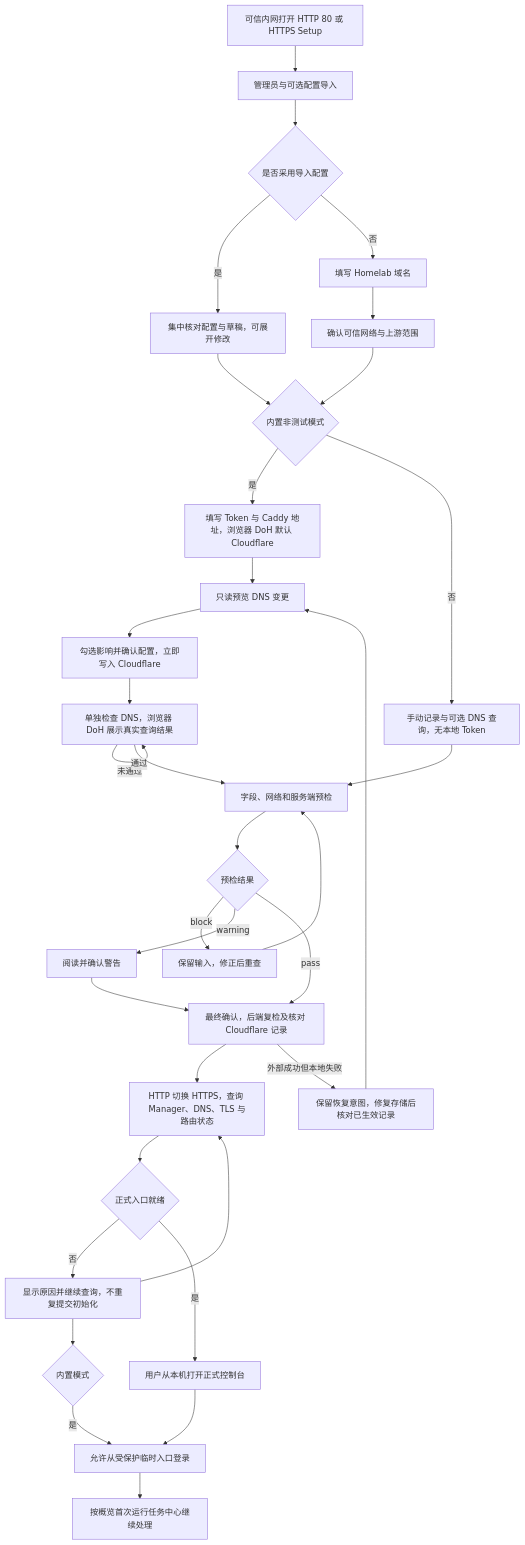
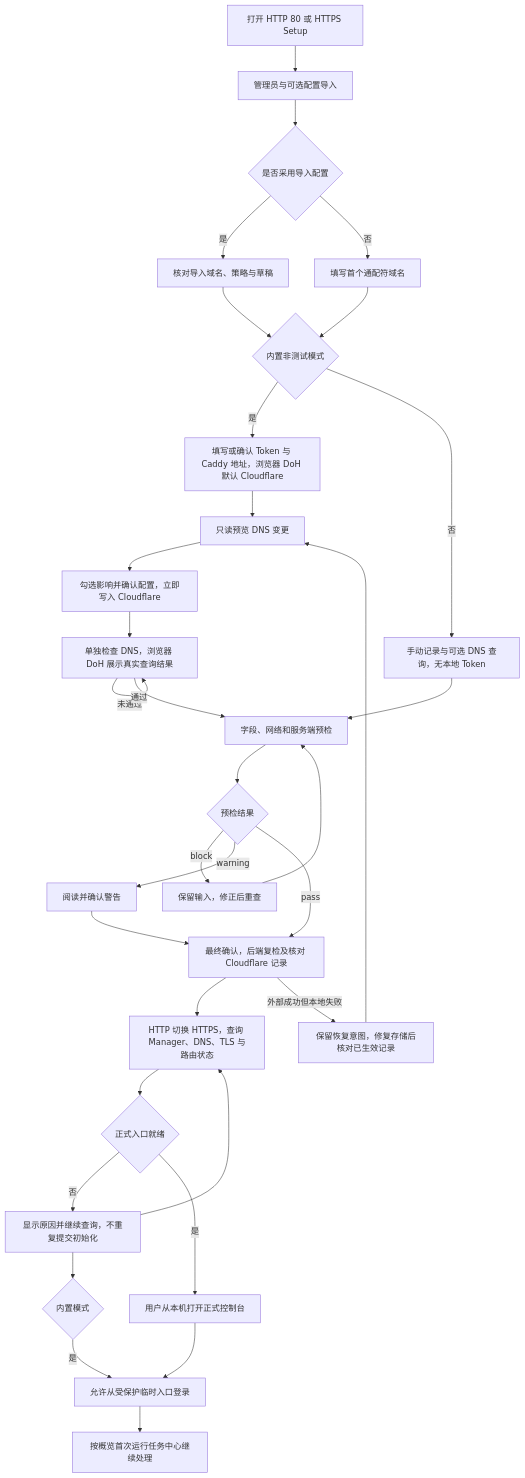
The second of 5 diagrams in docs/product-user-flow-review.md (gofxq/caddy_admin), drawn with Mermaid before and after one commit. The commit also changed other lines of this file and 98 other files, not shown here.

````diff
--- a/docs/product-user-flow-review.md
+++ b/docs/product-user-flow-review.md
@@ -70,35 +70,34 @@
 ```mermaid
 flowchart TD
-    OPEN[可信内网打开 HTTP 80 或 HTTPS Setup] --> ADMIN[管理员与可选配置导入]
+    OPEN[打开 HTTP 80 或 HTTPS Setup] --> ADMIN[管理员与可选配置导入]
     ADMIN --> IMPORTED{是否采用导入配置}
-    IMPORTED -->|是| REVIEW[集中核对配置与草稿，可展开修改]
-    IMPORTED -->|否| DOMAIN[填写 Homelab 域名]
-    DOMAIN --> NETWORK[确认可信网络与上游范围]
-    NETWORK --> MODE{内置非测试模式}
+    IMPORTED -->|是| REVIEW[核对导入域名、策略与草稿]
+    IMPORTED -->|否| DOMAIN[填写首个通配符域名]
+    DOMAIN --> MODE{内置非测试模式}
     REVIEW --> MODE
-    MODE -->|是| TOKEN[填写 Token 与 Caddy 地址，浏览器 DoH 默认 Cloudflare]
+    MODE -->|是| TOKEN[填写或确认 Token 与 Caddy 地址，浏览器 DoH 默认 Cloudflare]
     TOKEN --> DNS[只读预览 DNS 变更]
     DNS --> CONFIRM[勾选影响并确认配置，立即写入 Cloudflare]
     CONFIRM --> QUERY[单独检查 DNS，浏览器 DoH 展示真实查询结果]
     QUERY -->|未通过| QUERY
     MODE -->|否| MANUAL[手动记录与可选 DNS 查询，无本地 Token]
     QUERY -->|通过| PRECHECK
     MANUAL --> PRECHECK[字段、网络和服务端预检]
     PRECHECK --> STATE{预检结果}
     STATE -->|block| CORRECT[保留输入，修正后重查]
     CORRECT --> PRECHECK
     STATE -->|warning| ACK[阅读并确认警告]
     STATE -->|pass| SAVE[最终确认，后端复检及核对 Cloudflare 记录]
     ACK --> SAVE
     SAVE --> HANDOFF[HTTP 切换 HTTPS，查询 Manager、DNS、TLS 与路由状态]
     SAVE -->|外部成功但本地失败| RETRY[保留恢复意图，修复存储后核对已生效记录]
     RETRY --> DNS
     HANDOFF --> ENTRY{正式入口就绪}
     ENTRY -->|否| WAIT[显示原因并继续查询，不重复提交初始化]
     WAIT --> HANDOFF
     WAIT --> TEMP{内置模式}
     TEMP -->|是| LOGIN[允许从受保护临时入口登录]
     ENTRY -->|是| FORMAL[用户从本机打开正式控制台]
     FORMAL --> LOGIN
     LOGIN --> TASKS[按概览首次运行任务中心继续处理]
 ```
````
